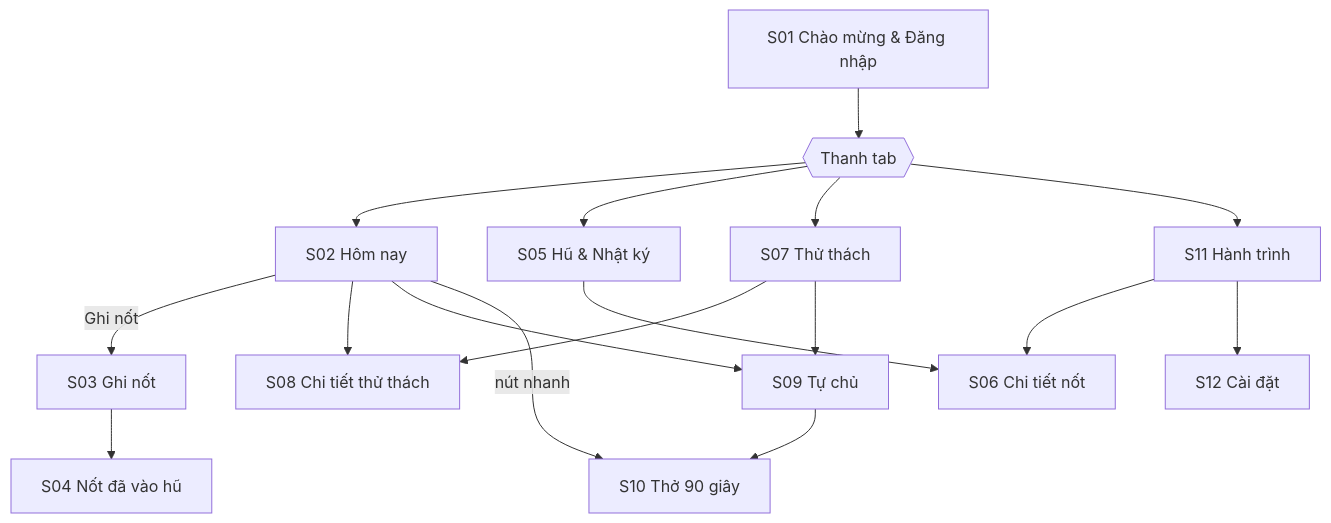
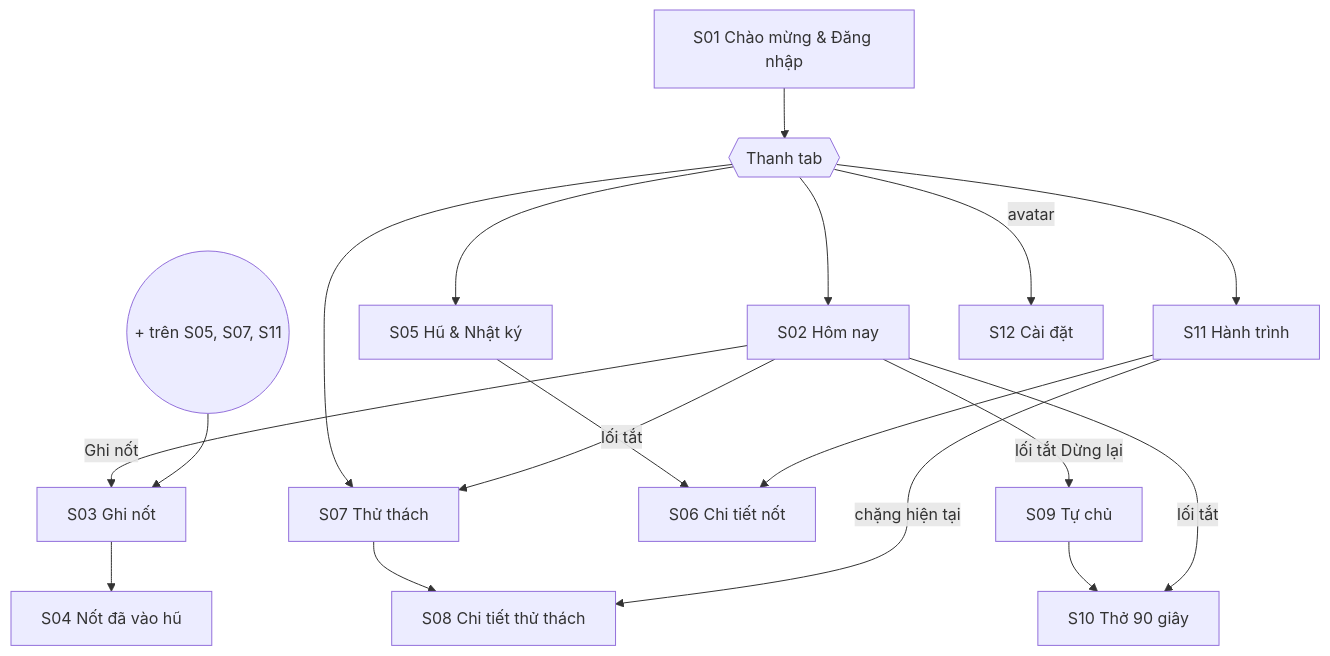
The first of 6 diagrams in ux/user-flow.md (FU-PRM-Projects/prm393-lab2-group9), drawn with Mermaid before and after one commit. The commit also changed other lines of this file and 7 other files, not shown here.

Commit message:
docs: match flows and handoff to Figma prototype; add S03c step

````diff
--- a/ux/user-flow.md
+++ b/ux/user-flow.md
@@ -21,19 +23,20 @@
 ```mermaid
 flowchart TD
     S01[S01 Chào mừng & Đăng nhập] --> TAB{{Thanh tab}}
     TAB --> S02[S02 Hôm nay]
     TAB --> S05[S05 Hũ & Nhật ký]
     TAB --> S07[S07 Thử thách]
     TAB --> S11[S11 Hành trình]
     S02 -->|Ghi nốt| S03[S03 Ghi nốt]
+    FAB((+ trên S05, S07, S11)) --> S03
     S03 --> S04[S04 Nốt đã vào hũ]
     S05 --> S06[S06 Chi tiết nốt]
     S11 --> S06
     S07 --> S08[S08 Chi tiết thử thách]
-    S02 --> S08
-    S02 --> S09[S09 Tự chủ]
-    S07 --> S09
+    S11 -->|chặng hiện tại| S08
+    S02 -->|lối tắt| S07
+    S02 -->|lối tắt Dừng lại| S09[S09 Tự chủ]
     S09 --> S10[S10 Thở 90 giây]
-    S02 -->|nút nhanh| S10
-    S11 --> S12[S12 Cài đặt]
+    S02 -->|lối tắt| S10
+    TAB -->|avatar| S12[S12 Cài đặt]
 ```
````
